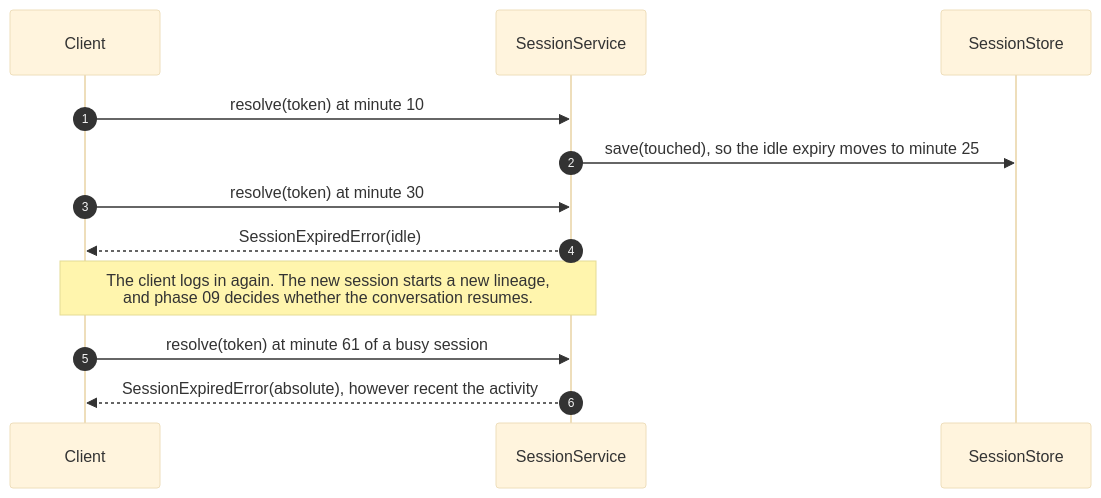
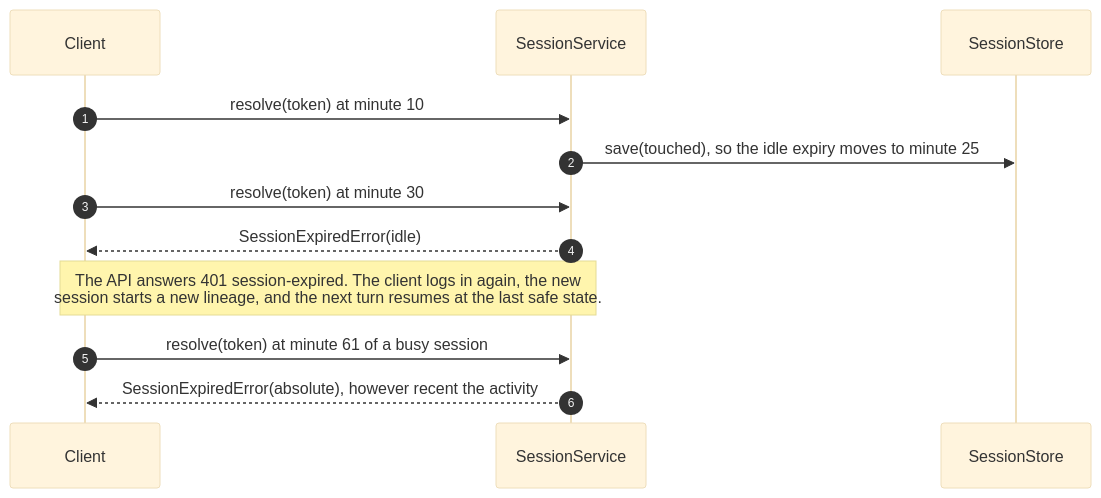
Before and after one commit to Youngermaster/factored-hackathon-2026-la-brasil-del-70: the third of 3 diagrams in docs/security/identity-and-sessions.md, drawn with Mermaid (base theme). The commit also changed other lines of this file and 17 other files, not shown here.

````diff
--- a/docs/security/identity-and-sessions.md
+++ b/docs/security/identity-and-sessions.md
@@ -86,14 +86,14 @@
 ```mermaid
 sequenceDiagram
     autonumber
     participant C as Client
     participant S as SessionService
     participant T as SessionStore
     C->>S: resolve(token) at minute 10
     S->>T: save(touched), so the idle expiry moves to minute 25
     C->>S: resolve(token) at minute 30
     S-->>C: SessionExpiredError(idle)
-    Note over C,S: The client logs in again. The new session starts a new lineage,<br/>and phase 09 decides whether the conversation resumes.
+    Note over C,S: The API answers 401 session-expired. The client logs in again, the new<br/>session starts a new lineage, and the next turn resumes at the last safe state.
     C->>S: resolve(token) at minute 61 of a busy session
     S-->>C: SessionExpiredError(absolute), however recent the activity
 ```
````
